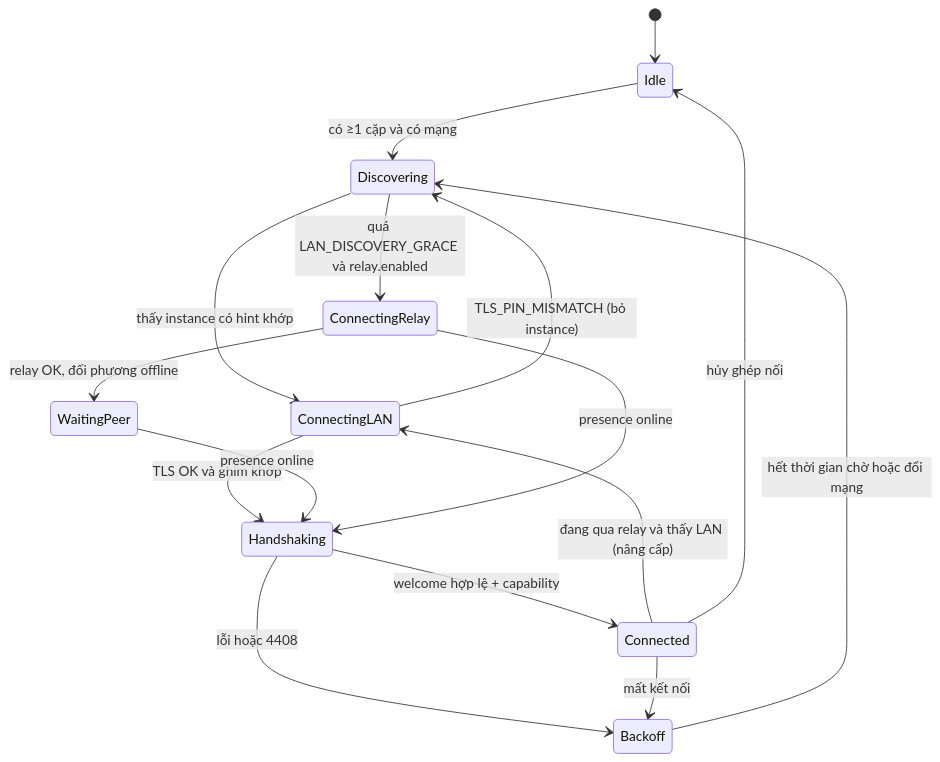
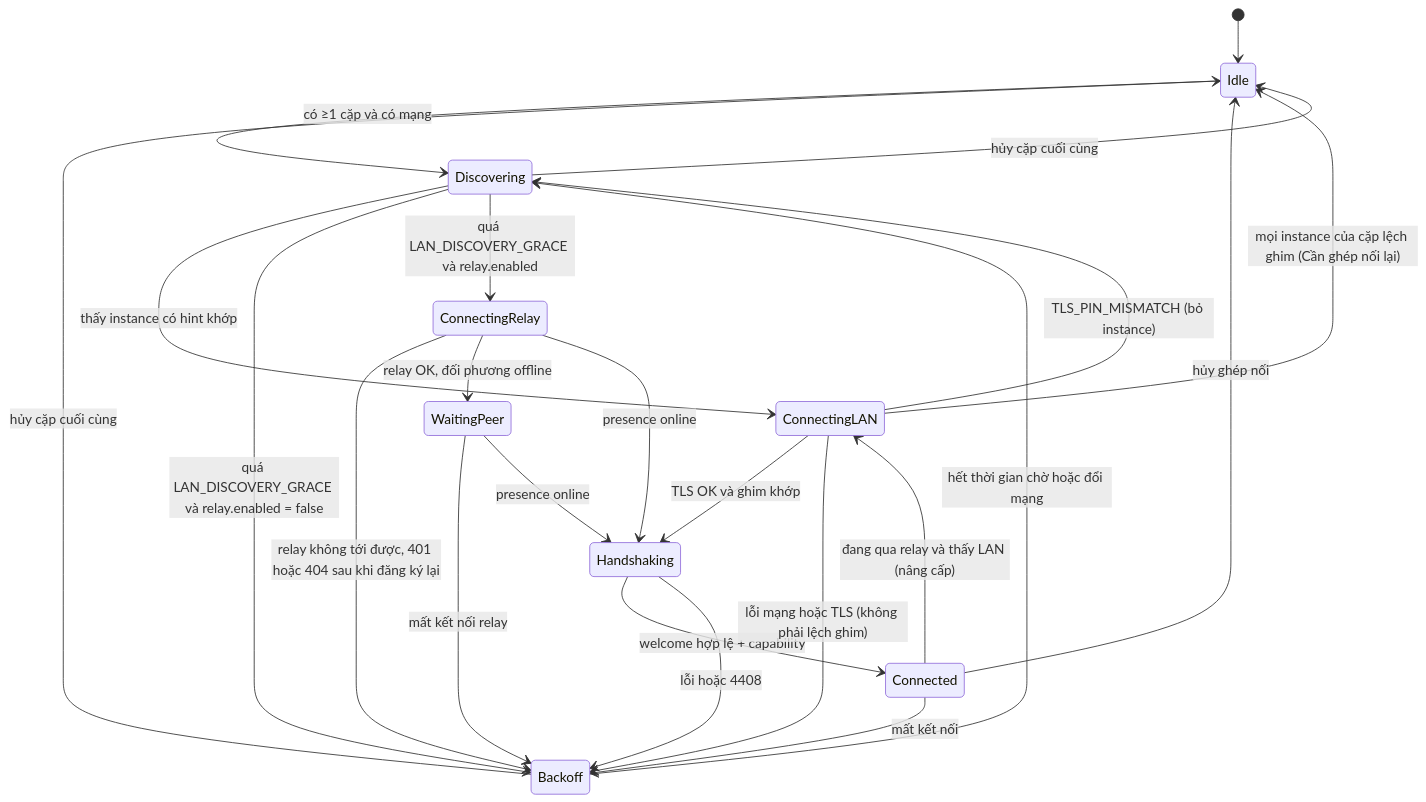
Before and after one commit to HandLive/handlive: the diagram in docs/detailed-design/00-common-specs.md, drawn with Mermaid. The commit also changed other lines of this file and 1 other file, not shown here.

Commit message:
docs(spec): add close codes, canonical AAD and relay error rules from Phase 0 review

````diff
--- a/docs/detailed-design/00-common-specs.md
+++ b/docs/detailed-design/00-common-specs.md
@@ -794,18 +799,25 @@
 ```mermaid
 stateDiagram-v2
   [*] --> Idle
   Idle --> Discovering: có ≥1 cặp và có mạng
   Discovering --> ConnectingLAN: thấy instance có hint khớp
   ConnectingLAN --> Handshaking: TLS OK và ghim khớp
   ConnectingLAN --> Discovering: TLS_PIN_MISMATCH (bỏ instance)
   Handshaking --> Connected: welcome hợp lệ + capability
   Handshaking --> Backoff: lỗi hoặc 4408
+  ConnectingLAN --> Backoff: lỗi mạng hoặc TLS (không phải lệch ghim)
+  ConnectingLAN --> Idle: mọi instance của cặp lệch ghim (Cần ghép nối lại)
+  ConnectingRelay --> Backoff: relay không tới được, 401 hoặc 404 sau khi đăng ký lại
+  WaitingPeer --> Backoff: mất kết nối relay
+  Discovering --> Backoff: quá LAN_DISCOVERY_GRACE và relay.enabled = false
+  Discovering --> Idle: hủy cặp cuối cùng
+  Backoff --> Idle: hủy cặp cuối cùng
   Discovering --> ConnectingRelay: quá LAN_DISCOVERY_GRACE và relay.enabled
   ConnectingRelay --> WaitingPeer: relay OK, đối phương offline
   WaitingPeer --> Handshaking: presence online
   ConnectingRelay --> Handshaking: presence online
   Connected --> Backoff: mất kết nối
   Connected --> ConnectingLAN: đang qua relay và thấy LAN (nâng cấp)
   Backoff --> Discovering: hết thời gian chờ hoặc đổi mạng
   Connected --> Idle: hủy ghép nối
 ```
````
